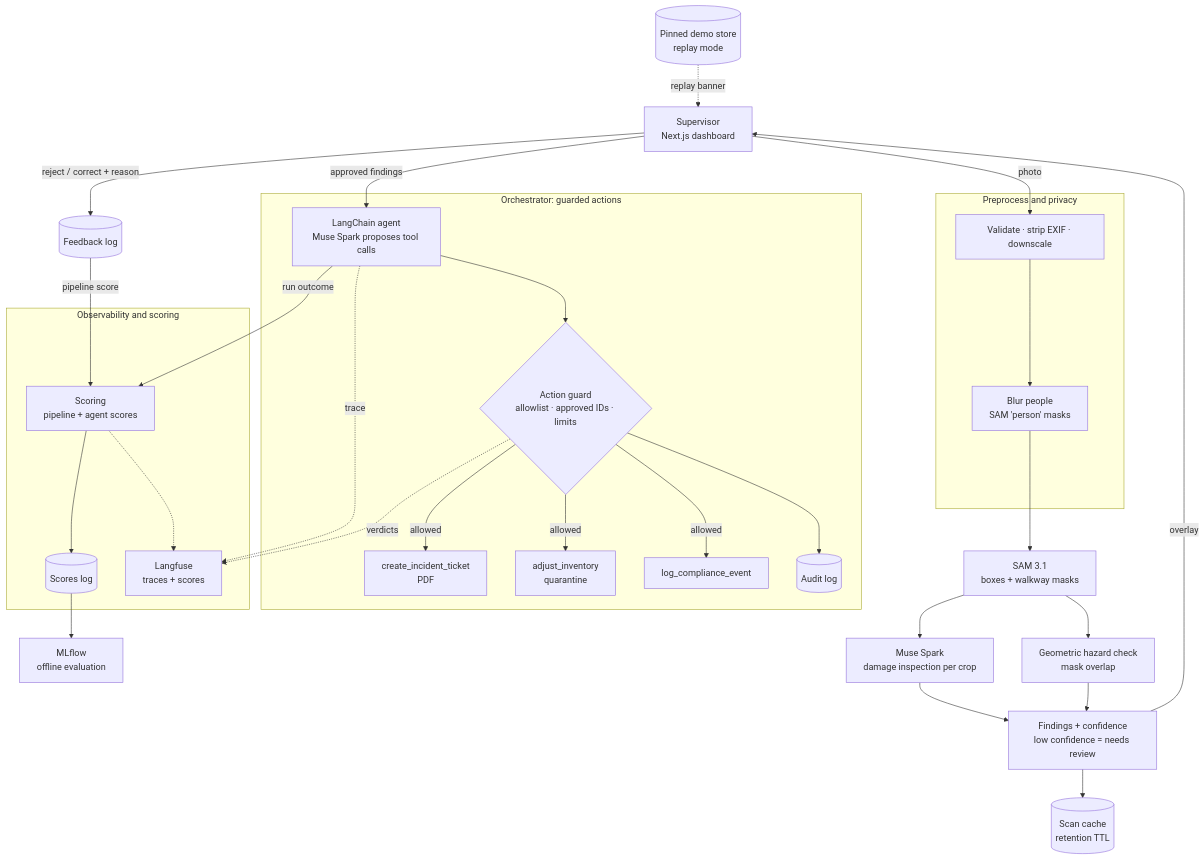
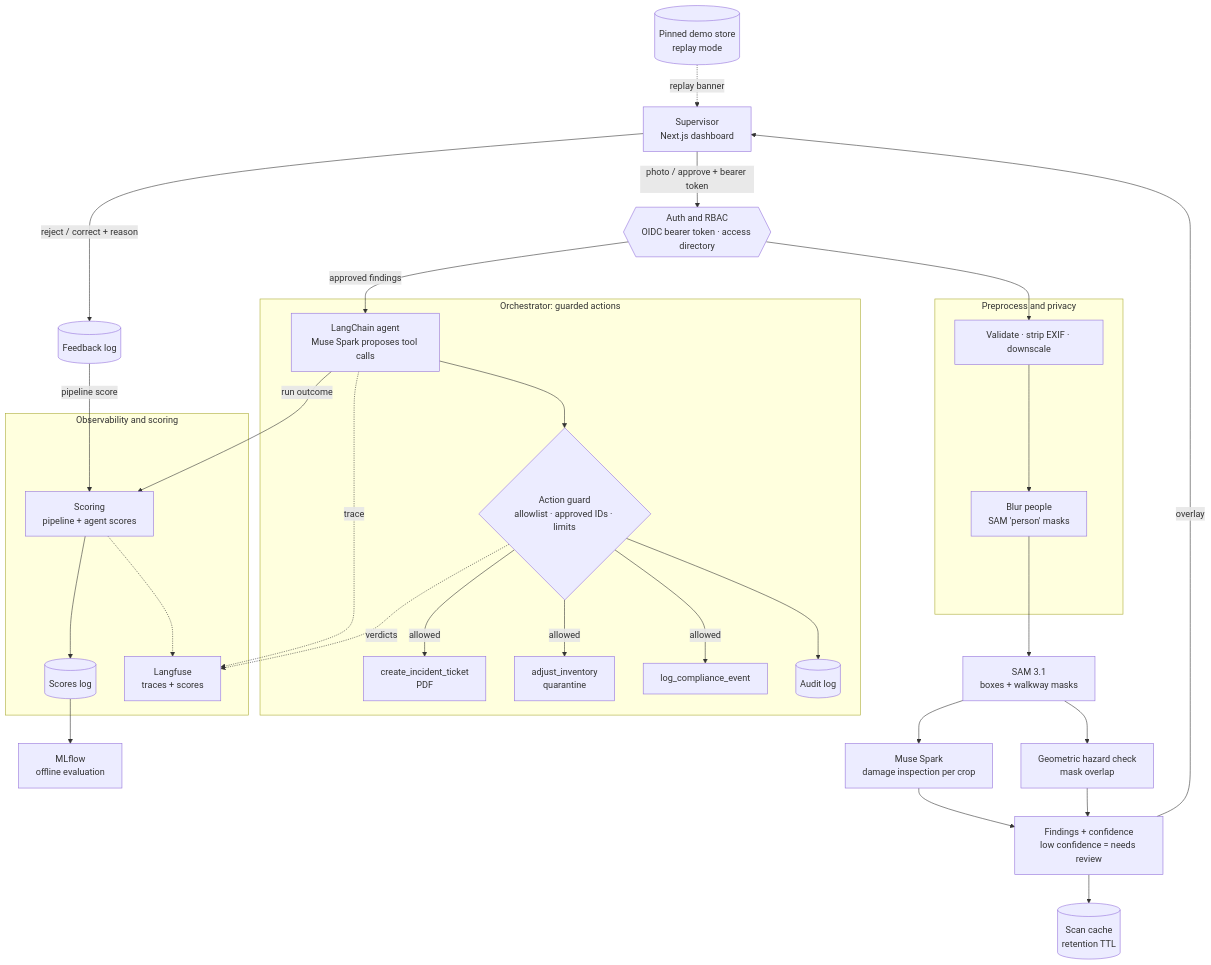
Before and after one commit to sagar-das01/AIsleEye: the diagram in README.md, drawn with Mermaid. The commit also changed other lines of this file and 2 other files, not shown here.

````diff
--- a/README.md
+++ b/README.md
@@ -65,40 +66,42 @@
 ```mermaid
 flowchart TD
   U["Supervisor<br/>Next.js dashboard"]
 
   subgraph PREP ["Preprocess and privacy"]
     PRE["Validate · strip EXIF · downscale"] --> BLUR["Blur people<br/>SAM 'person' masks"]
   end
 
   subgraph ACT ["Orchestrator: guarded actions"]
     AG["LangChain agent<br/>Muse Spark proposes tool calls"] --> GUARD{"Action guard<br/>allowlist · approved IDs · limits"}
     GUARD -->|allowed| T1["create_incident_ticket<br/>PDF"]
     GUARD -->|allowed| T2["adjust_inventory<br/>quarantine"]
     GUARD -->|allowed| T3["log_compliance_event"]
     GUARD --> AUD[("Audit log")]
   end
 
   subgraph OBS ["Observability and scoring"]
     SCORE["Scoring<br/>pipeline + agent scores"] --> SCORES[("Scores log")]
     SCORE -.-> LF["Langfuse<br/>traces + scores"]
   end
 
   MLF["MLflow<br/>offline evaluation"]
 
-  U -->|photo| PRE
+  AUTHZ{{"Auth and RBAC<br/>OIDC bearer token · access directory"}}
+  U -->|"photo / approve + bearer token"| AUTHZ
+  AUTHZ --> PRE
   BLUR --> SEG["SAM 3.1<br/>boxes + walkway masks"]
   SEG --> VLM["Muse Spark<br/>damage inspection per crop"]
   SEG --> HZ["Geometric hazard check<br/>mask overlap"]
   VLM --> F["Findings + confidence<br/>low confidence = needs review"]
   HZ --> F
   F --> CACHE[("Scan cache<br/>retention TTL")]
   F -->|overlay| U
   DEMO[("Pinned demo store<br/>replay mode")] -.->|"replay banner"| U
   U -->|"reject / correct + reason"| FB[("Feedback log")]
-  U -->|approved findings| AG
+  AUTHZ -->|approved findings| AG
   FB -->|pipeline score| SCORE
   AG -->|run outcome| SCORE
   AG -.->|trace| LF
   GUARD -.->|verdicts| LF
   SCORES --> MLF
 ```
````
